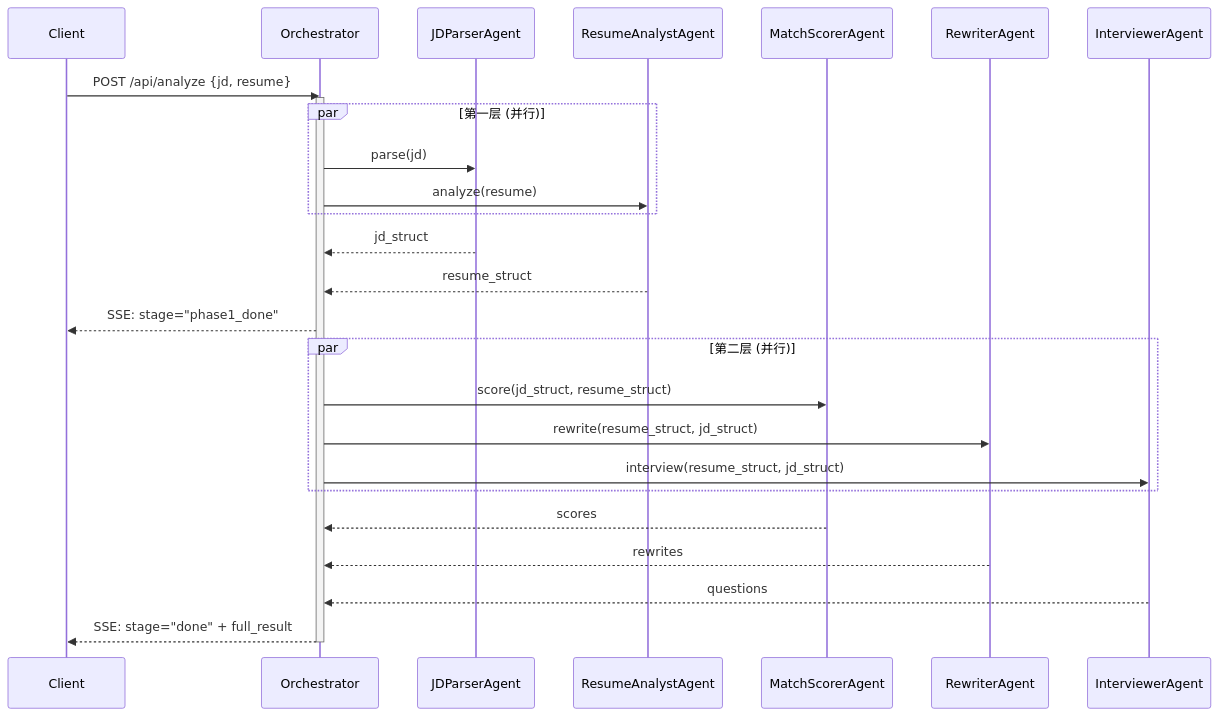
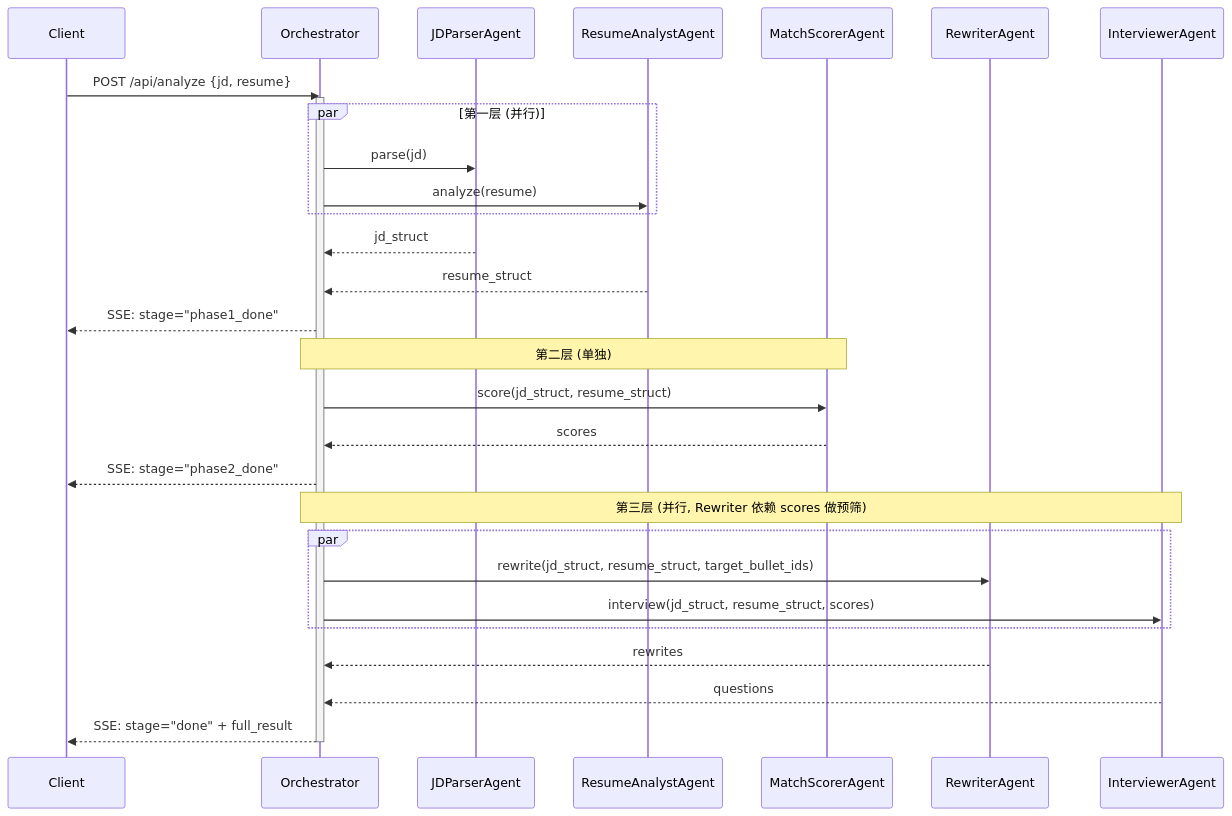
The second of 2 diagrams in docs/architecture.md (kinghy949/joblens), drawn with Mermaid before and after one commit. The commit also changed other lines of this file and 3 other files, not shown here.

Commit message:
Resolve all 18 design-review issues: streaming dual-channel, demo mode, 3-phase DAG, Tailwind v3 lock, pdf-parse swap, schema fixes, risks doc

````diff
--- a/docs/architecture.md
+++ b/docs/architecture.md
@@ -93,31 +98,35 @@
 ```mermaid
 sequenceDiagram
     participant C as Client
     participant O as Orchestrator
     participant JD as JDParserAgent
     participant RA as ResumeAnalystAgent
     participant MS as MatchScorerAgent
     participant RW as RewriterAgent
     participant IV as InterviewerAgent
 
     C->>O: POST /api/analyze {jd, resume}
     activate O
     par 第一层 (并行)
         O->>JD: parse(jd)
         O->>RA: analyze(resume)
     end
     JD-->>O: jd_struct
     RA-->>O: resume_struct
     O-->>C: SSE: stage="phase1_done"
 
-    par 第二层 (并行)
-        O->>MS: score(jd_struct, resume_struct)
-        O->>RW: rewrite(resume_struct, jd_struct)
-        O->>IV: interview(resume_struct, jd_struct)
+    Note over O,MS: 第二层 (单独)
+    O->>MS: score(jd_struct, resume_struct)
+    MS-->>O: scores
+    O-->>C: SSE: stage="phase2_done"
+
+    Note over O,IV: 第三层 (并行, Rewriter 依赖 scores 做预筛)
+    par
+        O->>RW: rewrite(jd_struct, resume_struct, target_bullet_ids)
+        O->>IV: interview(jd_struct, resume_struct, scores)
     end
-    MS-->>O: scores
     RW-->>O: rewrites
     IV-->>O: questions
     O-->>C: SSE: stage="done" + full_result
     deactivate O
 ```
````
